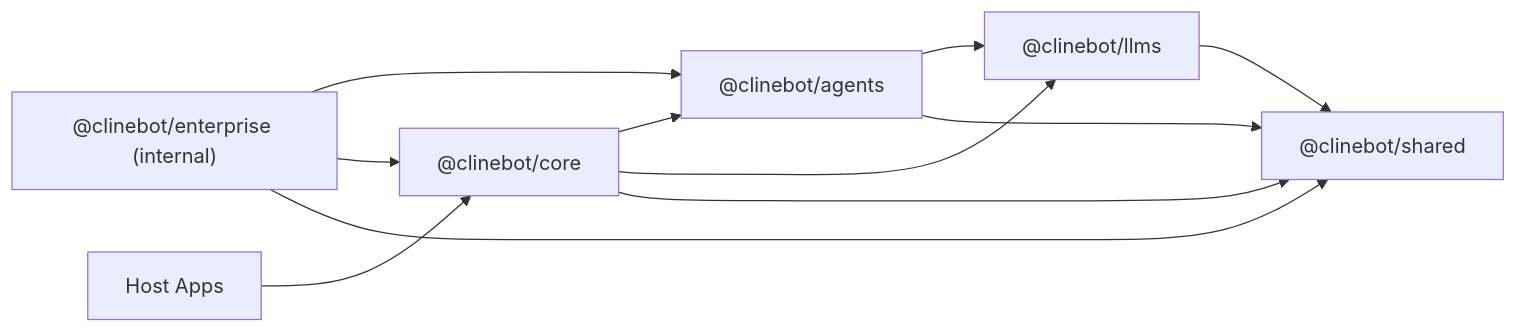
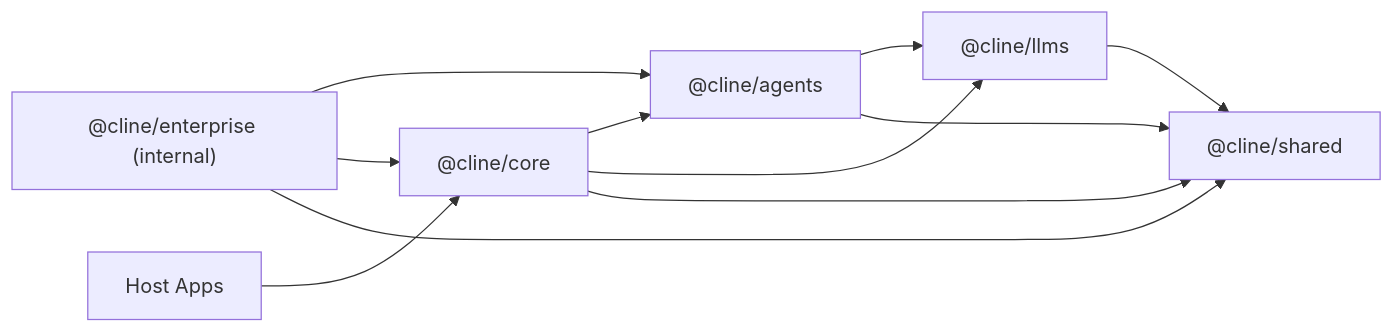
One commit to Dastan-Prince/cline-cn changed the diagram in sdk/ARCHITECTURE.md. Above: the diagram before and after it, drawn with Mermaid. The commit also changed other lines of this file and 468 other files, not shown here.

First line of the commit message:
refactor: rename @clinebot npm scope to @cline (#24)

````diff
--- a/sdk/ARCHITECTURE.md
+++ b/sdk/ARCHITECTURE.md
@@ -26,20 +26,20 @@
 ```mermaid
 flowchart LR
-  shared["@clinebot/shared"]
-  llms["@clinebot/llms"]
-  agents["@clinebot/agents"]
-  core["@clinebot/core"]
-  enterprise["@clinebot/enterprise (internal)"]
+  shared["@cline/shared"]
+  llms["@cline/llms"]
+  agents["@cline/agents"]
+  core["@cline/core"]
+  enterprise["@cline/enterprise (internal)"]
   apps["Host Apps"]
 
   llms --> shared
   agents --> llms
   agents --> shared
   core --> agents
   core --> llms
   core --> shared
   enterprise --> agents
   enterprise --> core
   enterprise --> shared
   apps --> core
 ```
````
